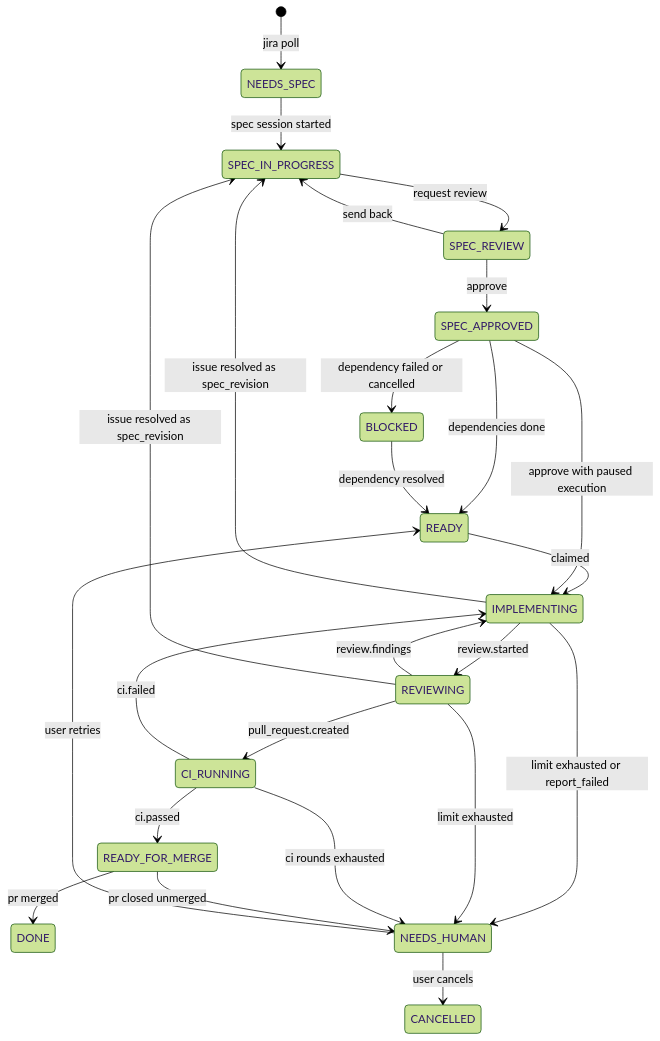
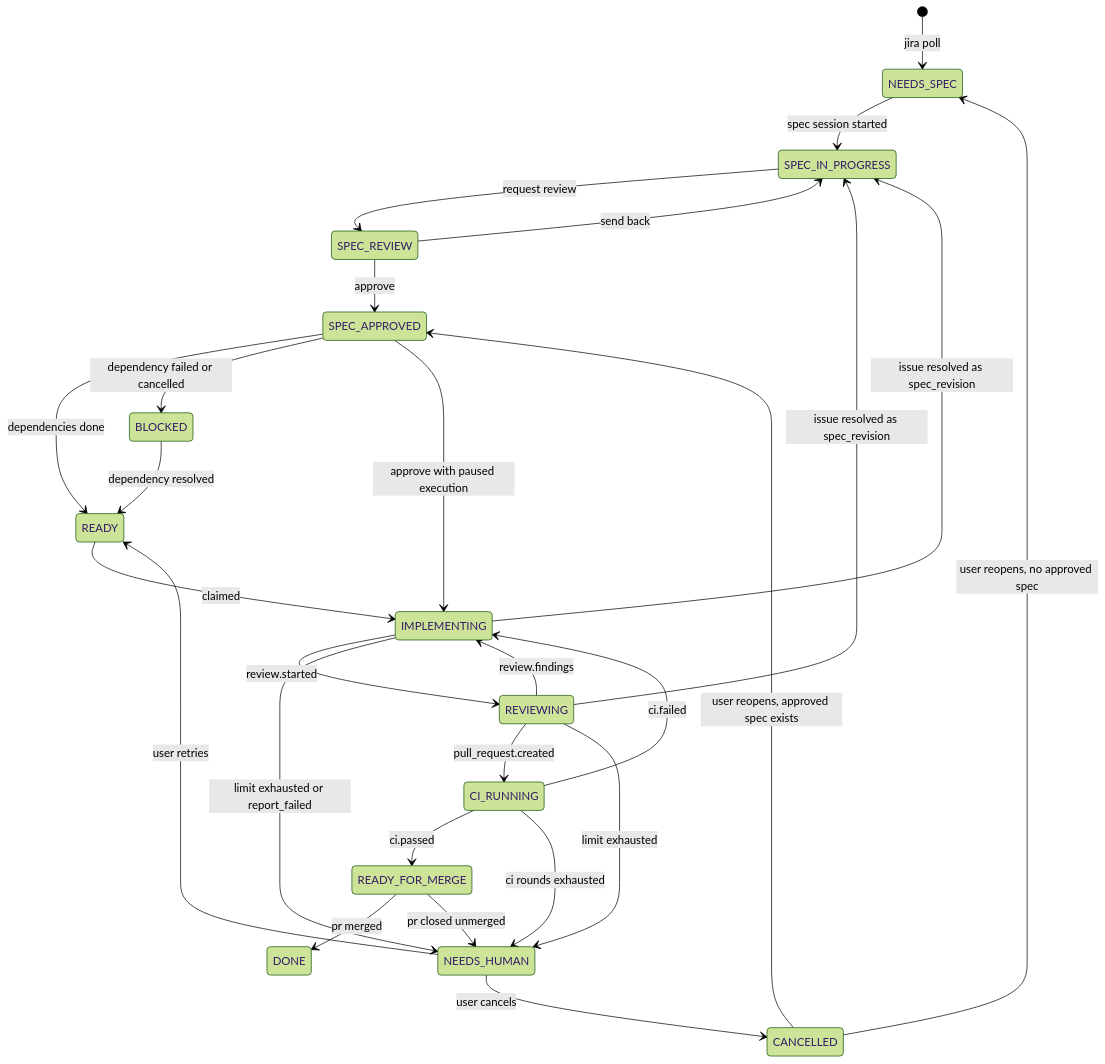
One commit to ml-goopter/goopter_ticket_orchestra changed the third of 4 diagrams in docs/design.md. Above: the diagram before and after it, drawn with Mermaid (forest theme). The commit also changed other lines of this file and 9 other files, not shown here.

````diff
--- a/docs/design.md
+++ b/docs/design.md
@@ -487,27 +487,29 @@
 ```mermaid
 stateDiagram-v2
   [*] --> NEEDS_SPEC: jira poll
   NEEDS_SPEC --> SPEC_IN_PROGRESS: spec session started
   SPEC_IN_PROGRESS --> SPEC_REVIEW: request review
   SPEC_REVIEW --> SPEC_IN_PROGRESS: send back
   SPEC_REVIEW --> SPEC_APPROVED: approve
   SPEC_APPROVED --> READY: dependencies done
   SPEC_APPROVED --> BLOCKED: dependency failed or cancelled
   READY --> IMPLEMENTING: claimed
   IMPLEMENTING --> REVIEWING: review.started
   REVIEWING --> IMPLEMENTING: review.findings
   REVIEWING --> CI_RUNNING: pull_request.created
   CI_RUNNING --> IMPLEMENTING: ci.failed
   CI_RUNNING --> READY_FOR_MERGE: ci.passed
   READY_FOR_MERGE --> DONE: pr merged
   IMPLEMENTING --> SPEC_IN_PROGRESS: issue resolved as spec_revision
   REVIEWING --> SPEC_IN_PROGRESS: issue resolved as spec_revision
   SPEC_APPROVED --> IMPLEMENTING: approve with paused execution
   IMPLEMENTING --> NEEDS_HUMAN: limit exhausted or report_failed
   REVIEWING --> NEEDS_HUMAN: limit exhausted
   CI_RUNNING --> NEEDS_HUMAN: ci rounds exhausted
   NEEDS_HUMAN --> READY: user retries
   NEEDS_HUMAN --> CANCELLED: user cancels
   READY_FOR_MERGE --> NEEDS_HUMAN: pr closed unmerged
   BLOCKED --> READY: dependency resolved
+  CANCELLED --> SPEC_APPROVED: user reopens, approved spec exists
+  CANCELLED --> NEEDS_SPEC: user reopens, no approved spec
 ```
````
